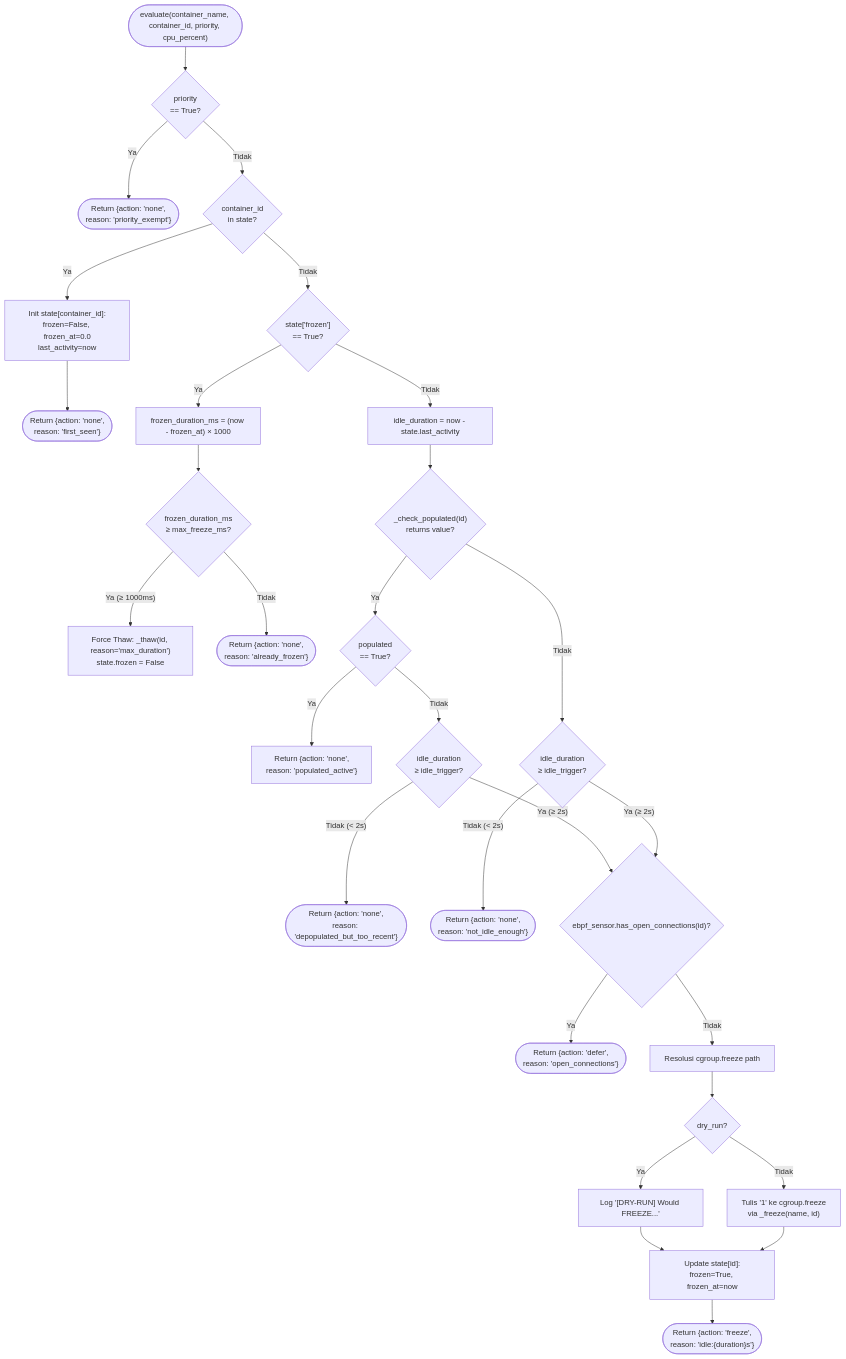
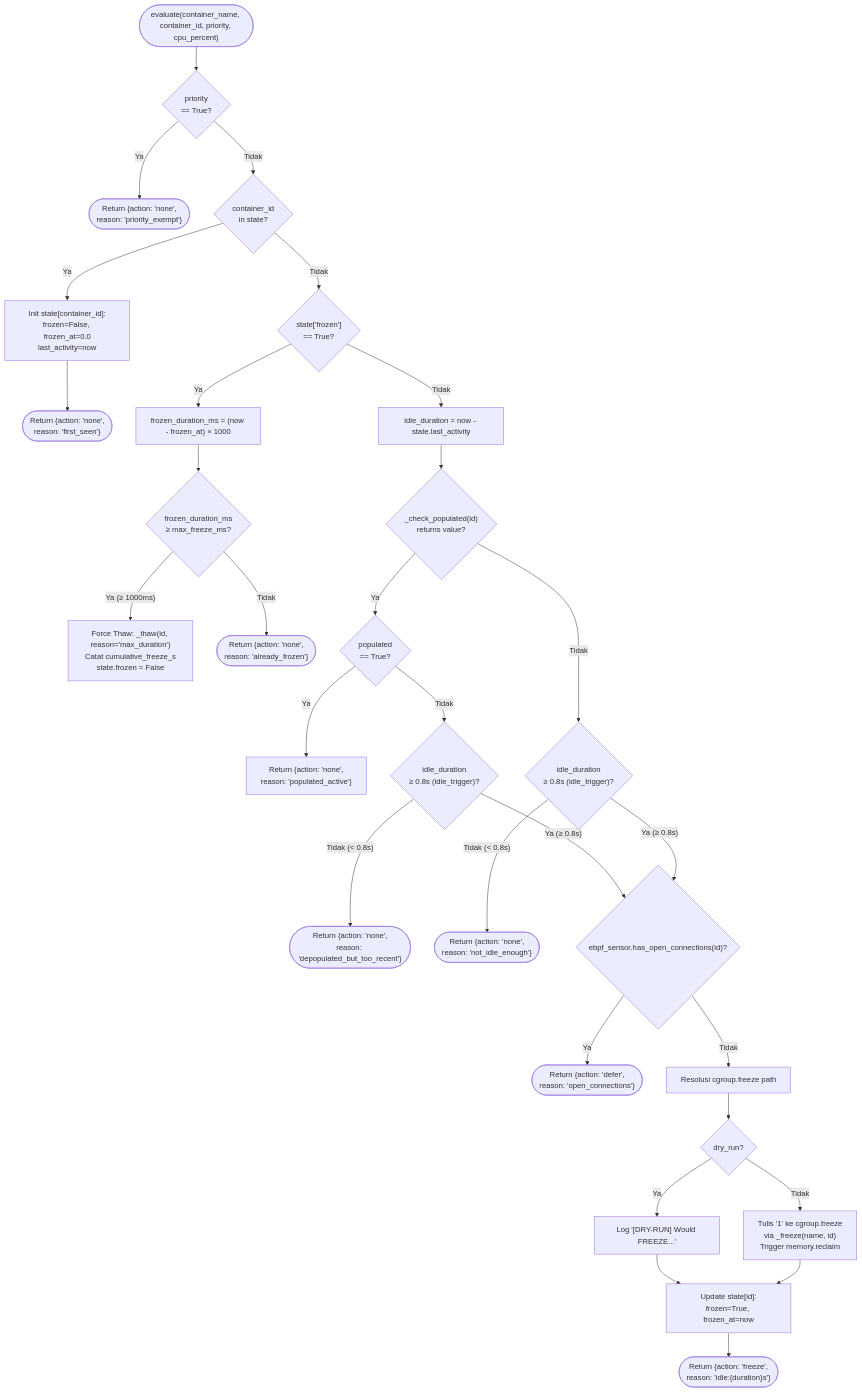
The first of 2 diagrams in architecture-diagrams/layer-4-shaper/02_micro_freezer.md (fauzanreza/green-container-framework), drawn with Mermaid before and after one commit. The commit also changed other lines of this file and 51 other files, not shown here.

````diff
--- a/architecture-diagrams/layer-4-shaper/02_micro_freezer.md
+++ b/architecture-diagrams/layer-4-shaper/02_micro_freezer.md
@@ -9,75 +9,75 @@
 ```mermaid
 flowchart TD
     START(["evaluate(container_name, container_id, priority, cpu_percent)"])
 
     IS_PRIORITY{"priority<br/>== True?"}
     EXEMPT(["Return {action: 'none',<br/>reason: 'priority_exempt'}"])
 
     FIRST_SEEN{"container_id<br/>in state?"}
     INIT_STATE["Init state[container_id]:<br/>frozen=False, frozen_at=0.0<br/>last_activity=now"]
     FIRST_RET(["Return {action: 'none',<br/>reason: 'first_seen'}"])
 
     IS_FROZEN{"state['frozen']<br/>== True?"}
 
     CALC_DURATION["frozen_duration_ms = (now - frozen_at) × 1000"]
     DURATION_EXCEEDED{"frozen_duration_ms<br/>≥ max_freeze_ms?"}
-    FORCE_THAW["Force Thaw: _thaw(id, reason='max_duration')<br/>state.frozen = False"]
+    FORCE_THAW["Force Thaw: _thaw(id, reason='max_duration')<br/>Catat cumulative_freeze_s<br/>state.frozen = False"]
     STILL_FROZEN(["Return {action: 'none',<br/>reason: 'already_frozen'}"])
 
     CALC_IDLE["idle_duration = now - state.last_activity"]
 
     POPULATED_AVAIL{"_check_populated(id)<br/>returns value?"}
     KERNEL_ACTIVE{"populated<br/>== True?"}
     NOT_IDLE["Return {action: 'none',<br/>reason: 'populated_active'}"]
-    KERNEL_IDLE{"idle_duration<br/>≥ idle_trigger?"}
+    KERNEL_IDLE{"idle_duration<br/>≥ 0.8s (idle_trigger)?"}
     TOO_RECENT1(["Return {action: 'none',<br/>reason: 'depopulated_but_too_recent'}"])
     
-    FALLBACK_CHECK{"idle_duration<br/>≥ idle_trigger?"}
+    FALLBACK_CHECK{"idle_duration<br/>≥ 0.8s (idle_trigger)?"}
     TOO_RECENT2(["Return {action: 'none',<br/>reason: 'not_idle_enough'}"])
 
     EBPF_CHECK{"ebpf_sensor.has_open_connections(id)?"}
     DEFER(["Return {action: 'defer',<br/>reason: 'open_connections'}"])
 
     FIND_PATH["Resolusi cgroup.freeze path"]
 
     IS_DRY{"dry_run?"}
     DRY_LOG["Log '[DRY-RUN] Would FREEZE...'"]
-    WRITE_FREEZE["Tulis '1' ke cgroup.freeze<br/>via _freeze(name, id)"]
+    WRITE_FREEZE["Tulis '1' ke cgroup.freeze<br/>via _freeze(name, id)<br/>Trigger memory.reclaim"]
     UPDATE_STATE["Update state[id]:<br/>frozen=True, frozen_at=now"]
     FREEZE_RET(["Return {action: 'freeze',<br/>reason: 'idle:{duration}s'}"])
 
     START --> IS_PRIORITY
     IS_PRIORITY -->|Ya| EXEMPT
     IS_PRIORITY -->|Tidak| FIRST_SEEN
     FIRST_SEEN -->|Ya| INIT_STATE
     INIT_STATE --> FIRST_RET
     FIRST_SEEN -->|Tidak| IS_FROZEN
 
     IS_FROZEN -->|Ya| CALC_DURATION
     CALC_DURATION --> DURATION_EXCEEDED
     DURATION_EXCEEDED -->|"Ya (≥ 1000ms)"| FORCE_THAW
     DURATION_EXCEEDED -->|Tidak| STILL_FROZEN
 
     IS_FROZEN -->|Tidak| CALC_IDLE
     CALC_IDLE --> POPULATED_AVAIL
 
     POPULATED_AVAIL -->|Ya| KERNEL_ACTIVE
     KERNEL_ACTIVE -->|"Ya"| NOT_IDLE
     KERNEL_ACTIVE -->|"Tidak"| KERNEL_IDLE
-    KERNEL_IDLE -->|"Tidak (< 2s)"| TOO_RECENT1
-    KERNEL_IDLE -->|"Ya (≥ 2s)"| EBPF_CHECK
+    KERNEL_IDLE -->|"Tidak (< 0.8s)"| TOO_RECENT1
+    KERNEL_IDLE -->|"Ya (≥ 0.8s)"| EBPF_CHECK
 
     POPULATED_AVAIL -->|Tidak| FALLBACK_CHECK
-    FALLBACK_CHECK -->|"Tidak (< 2s)"| TOO_RECENT2
-    FALLBACK_CHECK -->|"Ya (≥ 2s)"| EBPF_CHECK
+    FALLBACK_CHECK -->|"Tidak (< 0.8s)"| TOO_RECENT2
+    FALLBACK_CHECK -->|"Ya (≥ 0.8s)"| EBPF_CHECK
 
     EBPF_CHECK -->|Ya| DEFER
     EBPF_CHECK -->|Tidak| FIND_PATH
 
     FIND_PATH --> IS_DRY
     IS_DRY -->|Ya| DRY_LOG
     IS_DRY -->|Tidak| WRITE_FREEZE
     DRY_LOG --> UPDATE_STATE
     WRITE_FREEZE --> UPDATE_STATE
     UPDATE_STATE --> FREEZE_RET
 ```
````
